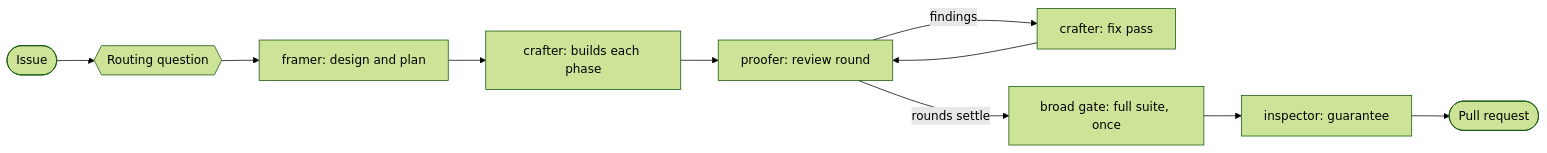
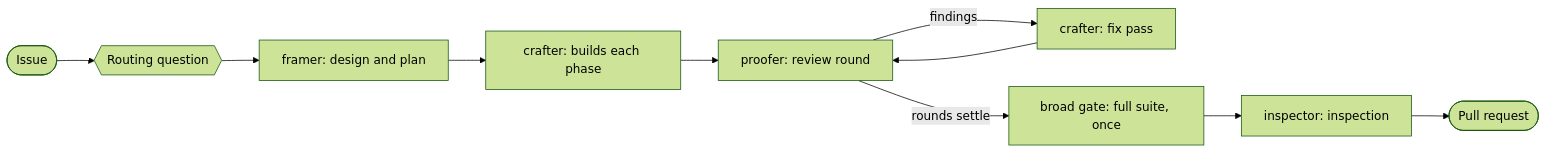
Before and after one commit to MichaelYcJo/AgenticSeal: the diagram in README.md, drawn with Mermaid (forest theme). The commit also changed other lines of this file and 119 other files, not shown here.

````diff
--- a/README.md
+++ b/README.md
@@ -30,12 +30,12 @@
 ```mermaid
 flowchart LR
     issue([Issue]) --> routing{{Routing question}}
     routing --> framer[framer: design and plan]
     framer --> crafter[crafter: builds each phase]
     crafter --> proofer[proofer: review round]
     proofer -- findings --> fix[crafter: fix pass]
     fix --> proofer
     proofer -- rounds settle --> gate[broad gate: full suite, once]
-    gate --> inspector[inspector: guarantee]
+    gate --> inspector[inspector: inspection]
     inspector --> pr([Pull request])
 ```
````
